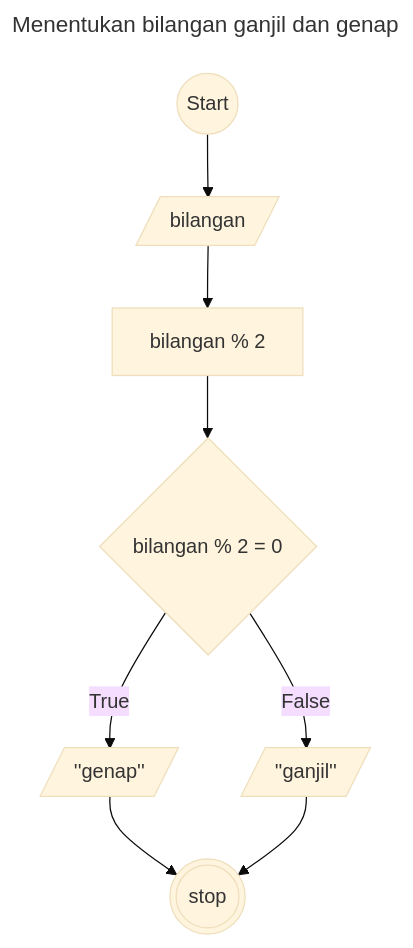
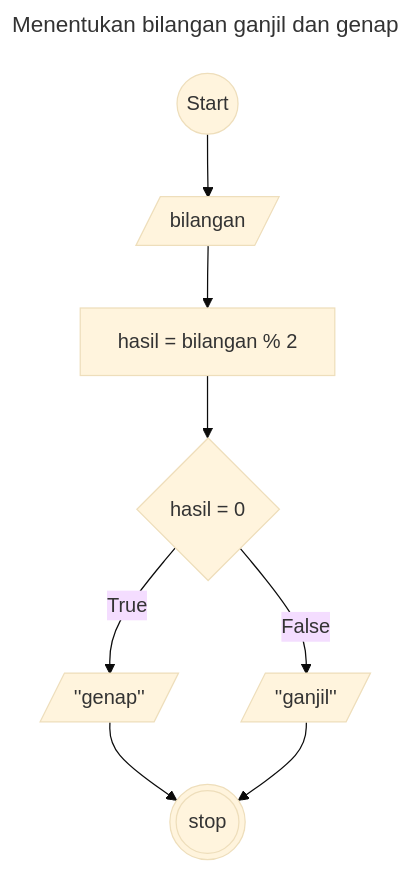
One commit to ItsnaMaulanaHasan/koda-b4-algoritma changed the diagram in minitask4-flowchart.md. Above: the diagram before and after it, drawn with Mermaid (base theme).

````diff
--- a/minitask4-flowchart.md
+++ b/minitask4-flowchart.md
@@ -3,18 +3,18 @@
 ```mermaid
 ---
     title: Menentukan bilangan ganjil dan genap
 ---
 flowchart TD
     id1((Start))
     id2[/bilangan/]
     id1 --> id2
-    id3[bilangan % 2]
+    id3[hasil = bilangan % 2]
     id2 --> id3
-    id4{bilangan % 2 = 0}
+    id4{hasil = 0}
     id3 --> id4
     id5[/''ganjil''/]
     id6[/''genap''/]
     id7(((stop)))
     id4 -- True --> id6 --> id7
     id4 -- False --> id5 --> id7
 ```
````
